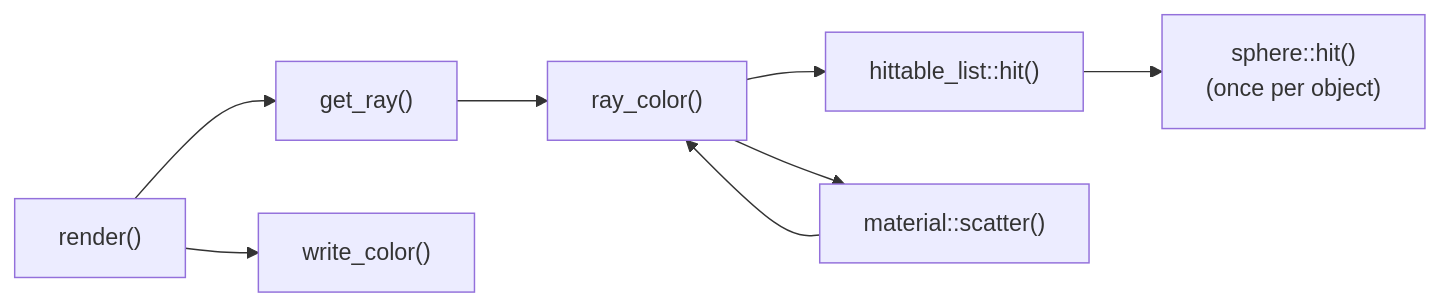
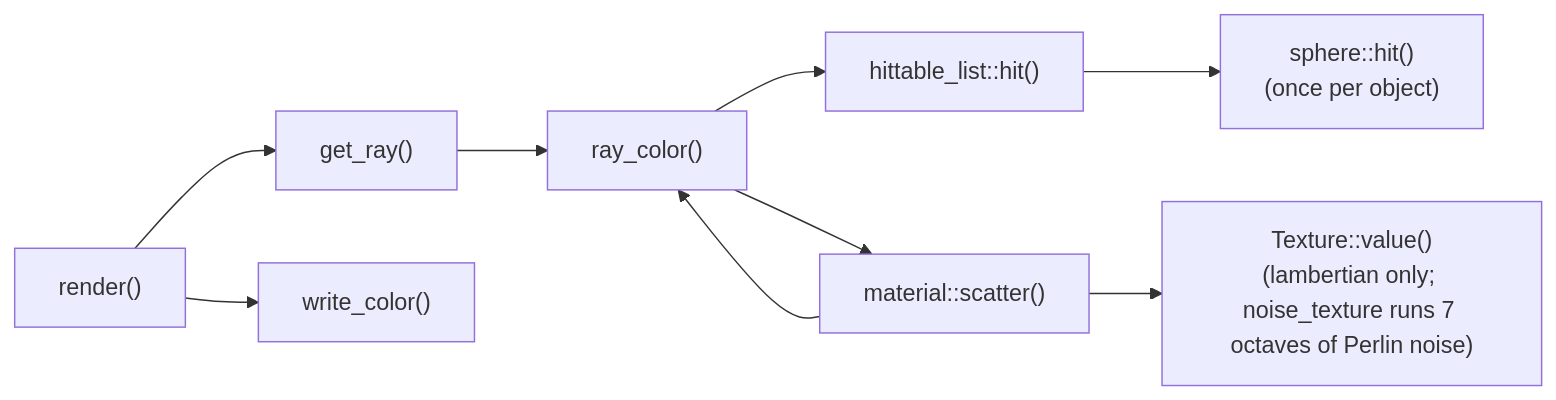
One commit to Harsha685/Ray_Tracer changed the second of 2 diagrams in docs/CALL_GRAPH.md. Above: the diagram before and after it, drawn with Mermaid. The commit also changed other lines of this file and 6 other files, not shown here.

Commit message:
added perlin noise

````diff
--- a/docs/CALL_GRAPH.md
+++ b/docs/CALL_GRAPH.md
@@ -146,7 +206,8 @@
 ```mermaid
 flowchart LR
     render["render()"] --> get_ray["get_ray()"] --> ray_color["ray_color()"]
     ray_color --> list_hit["hittable_list::hit()"] --> sphere_hit["sphere::hit()<br/>(once per object)"]
     ray_color --> scatter["material::scatter()"] --> ray_color
+    scatter --> value["Texture::value()<br/>(lambertian only; noise_texture runs 7 octaves of Perlin noise)"]
     render --> write_color["write_color()"]
 ```
````
